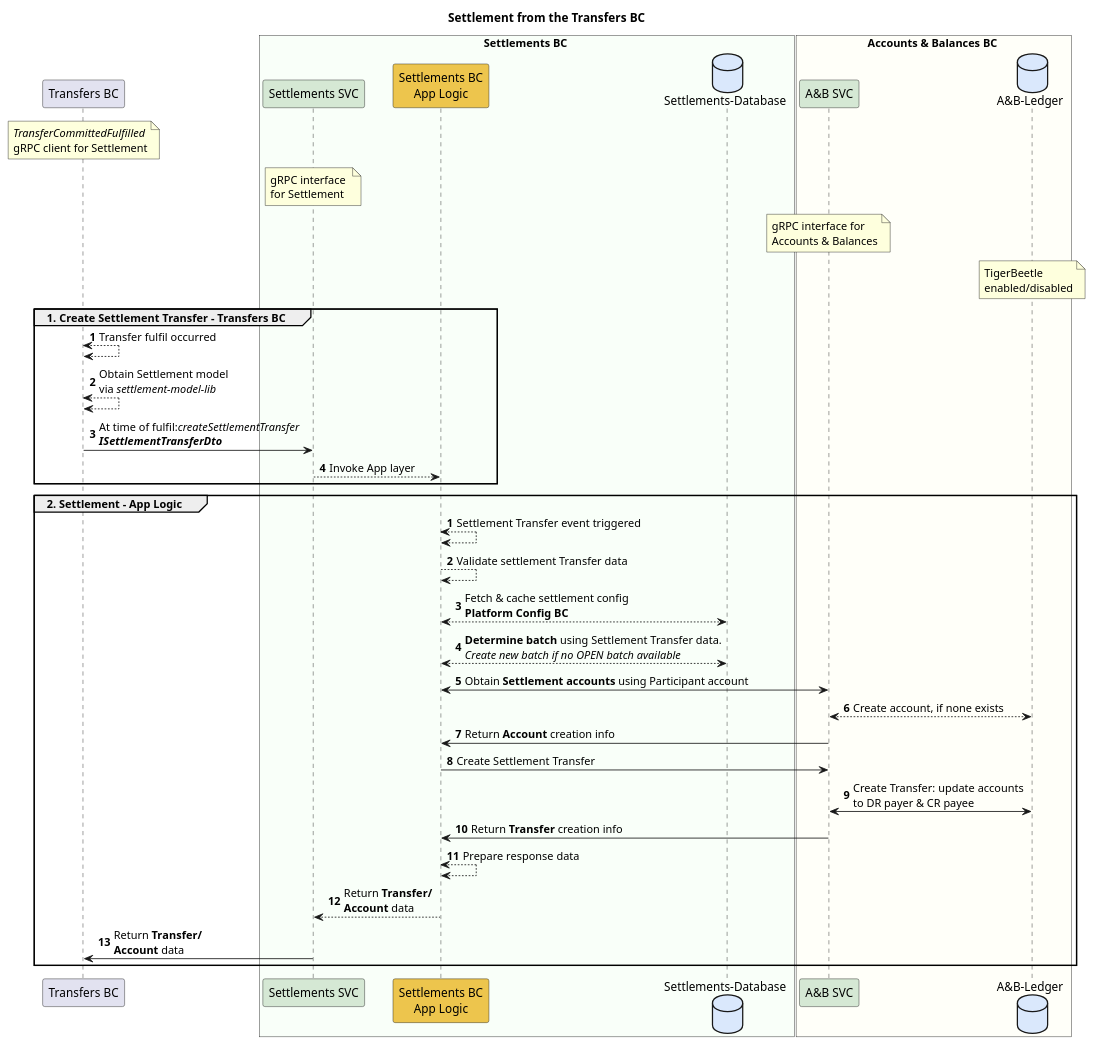
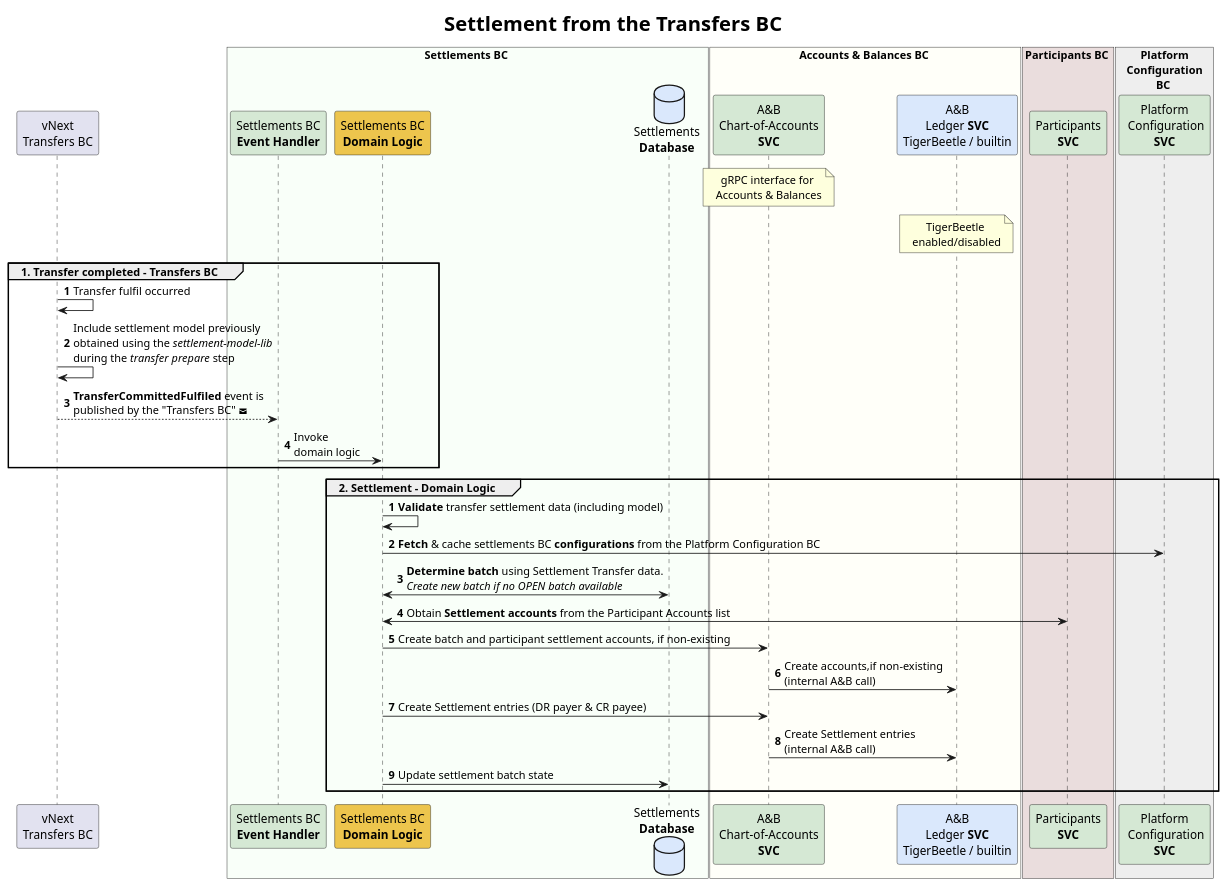
The diagram in docs/flows/01-settlement-transfer-bc.puml (mojaloop/settlements-bc), drawn with PlantUML before and after one commit. The commit also changed 4 other files, not shown here.

Commit message:
Made some edits to the vNext specific plantuml flows and related readme

```diff
--- a/docs/flows/01-settlement-transfer-bc.puml
+++ b/docs/flows/01-settlement-transfer-bc.puml
@@ -1,59 +1,66 @@
 @startuml
+<style>
+title {
+  FontSize 24
+}
+</style>
+
+skinparam defaultTextAlignment center
+skinparam sequenceMessageAlign left
 
 title Settlement from the Transfers BC
 
-participant "Transfers BC" as ext_transfers_bc
-note over ext_transfers_bc
-    //TransferCommittedFulfilled//
-    gRPC client for Settlement
-end note
+participant "vNext\nTransfers BC" as ext_transfers_bc
+
 
 box Settlements BC #F9FFF9
-	participant "Settlements SVC" as sbc_grpc #D5E8D4
-    note over sbc_grpc
-        gRPC interface 
-        for Settlement
-    end note
-	participant "Settlements BC\nApp Logic" as sbc_app_logic #EDC54D
-	database "Settlements-Database" as sbc_db #DAE8FC
+'	participant "Settlements BC\n**Rest API**" as sbc_rest #D5E8D4
+	participant "Settlements BC\n**Event Handler**" as sbc_event #D5E8D4
+	participant "Settlements BC\n**Domain Logic**" as sbc_app_logic #EDC54D
+	database "Settlements\n**Database**" as sbc_db #DAE8FC
 end box
 
 box Accounts & Balances BC #FFFFF9
-    participant "A&B SVC" as abbc_grpc #D5E8D4
-    database "A&B-Ledger" as abbc_tigerbeetle #DAE8FC
+    participant "A&B\nChart-of-Accounts\n**SVC**" as abbc_grpc #D5E8D4
+    participant "A&B\nLedger **SVC**\nTigerBeetle / builtin" as abbc_tigerbeetle #DAE8FC
     note over abbc_grpc
         gRPC interface for 
         Accounts & Balances
     end note
     note over abbc_tigerbeetle
         TigerBeetle 
         enabled/disabled
     end note
 end box
 
-group 1. Create Settlement Transfer - Transfers BC
+box Participants BC #eadddd
+	participant "Participants\n**SVC**" as participants_svc #D5E8D4
+end box
+
+box Platform\nConfiguration\nBC #eee
+	participant "Platform\n Configuration\n**SVC**" as platfconf_svc #D5E8D4
+end box
+
+
+group 1. Transfer completed - Transfers BC
 autonumber
-    ext_transfers_bc <--> ext_transfers_bc : Transfer fulfil occurred
-    ext_transfers_bc <--> ext_transfers_bc : Obtain Settlement model\nvia //settlement-model-lib//
-    ext_transfers_bc -> sbc_grpc : At time of fulfil://createSettlementTransfer//\n**//ISettlementTransferDto//**
-    sbc_grpc --> sbc_app_logic : Invoke App layer
+    ext_transfers_bc -> ext_transfers_bc : Transfer fulfil occurred
+    ext_transfers_bc -> ext_transfers_bc : Include settlement model previously\nobtained using the //settlement-model-lib//\nduring the //transfer prepare// step
+    ext_transfers_bc --> sbc_event : **TransferCommittedFulfiled** event is\npublished by the "Transfers BC" <&envelope-closed>
+    sbc_event -> sbc_app_logic : Invoke\ndomain logic
 end
 
-group 2. Settlement - App Logic
+group 2. Settlement - Domain Logic
 autonumber
-    sbc_app_logic <--> sbc_app_logic: Settlement Transfer event triggered
-    sbc_app_logic --> sbc_app_logic : Validate settlement Transfer data
-    sbc_app_logic <--> sbc_db : Fetch & cache settlement config\n**Platform Config BC**
-    sbc_app_logic <--> sbc_db : **Determine batch** using Settlement Transfer data.\n//Create new batch if no OPEN batch available//
-    sbc_app_logic <-> abbc_grpc : Obtain **Settlement accounts** using Participant account
-    abbc_grpc <--> abbc_tigerbeetle : Create account, if none exists
-    abbc_grpc -> sbc_app_logic : Return **Account** creation info
-    sbc_app_logic -> abbc_grpc: Create Settlement Transfer
-    abbc_grpc <-> abbc_tigerbeetle: Create Transfer: update accounts \nto DR payer & CR payee
-    abbc_grpc -> sbc_app_logic : Return **Transfer** creation info
-    sbc_app_logic <--> sbc_app_logic: Prepare response data
-    sbc_app_logic --> sbc_grpc: Return **Transfer/** \n**Account** data
-    sbc_grpc -> ext_transfers_bc: Return **Transfer/** \n**Account** data
+    sbc_app_logic -> sbc_app_logic : **Validate** transfer settlement data (including model)
+    sbc_app_logic -> platfconf_svc : **Fetch** & cache settlements BC **configurations** from the Platform Configuration BC
+    sbc_app_logic <-> sbc_db : **Determine batch** using Settlement Transfer data.\n//Create new batch if no OPEN batch available//
+    sbc_app_logic <-> participants_svc : Obtain **Settlement accounts** from the Participant Accounts list
+    sbc_app_logic -> abbc_grpc : Create batch and participant settlement accounts, if non-existing
+    abbc_grpc -> abbc_tigerbeetle : Create accounts,if non-existing\n(internal A&B call)
+    sbc_app_logic -> abbc_grpc: Create Settlement entries (DR payer & CR payee)
+    abbc_grpc -> abbc_tigerbeetle: Create Settlement entries\n(internal A&B call)
+    sbc_app_logic -> sbc_db: Update settlement batch state
 end
 
 @enduml
```
